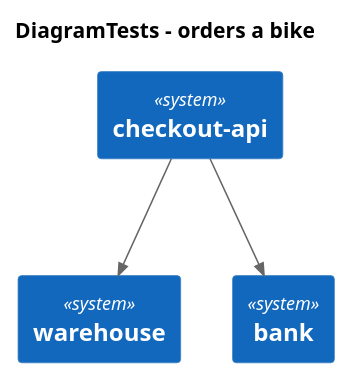
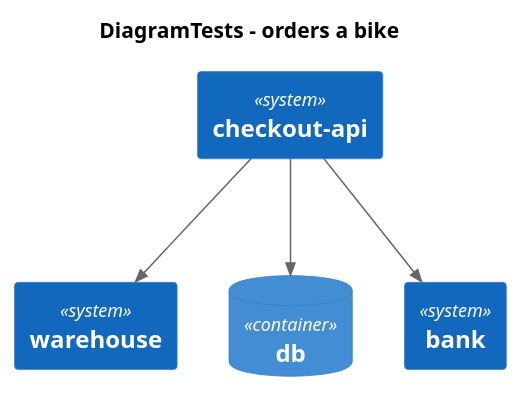
Before and after one commit to p10r/bike-checkout-api: the diagram in diagrams/http4k-diagrams/.generated/DiagramTests - orders a bike - Interactions.puml, drawn with PlantUML. The commit also changed 3 other files, not shown here.

```diff
--- a/diagrams/http4k-diagrams/.generated/DiagramTests - orders a bike - Interactions.puml
+++ b/diagrams/http4k-diagrams/.generated/DiagramTests - orders a bike - Interactions.puml
@@ -1,12 +1,14 @@
 @startuml
 title DiagramTests - orders a bike
 
 !include https://raw.githubusercontent.com/plantuml-stdlib/C4-PlantUML/master/C4_Container.puml
 
 
 System(checkoutapi, "checkout-api")
 System(warehouse, "warehouse")
+ContainerDb(db, "db")
 System(bank, "bank")    
 Rel_D(checkoutapi, warehouse, " ") 
+Rel_D(checkoutapi, db, " ") 
 Rel_D(checkoutapi, bank, " ")     
 @enduml
```
